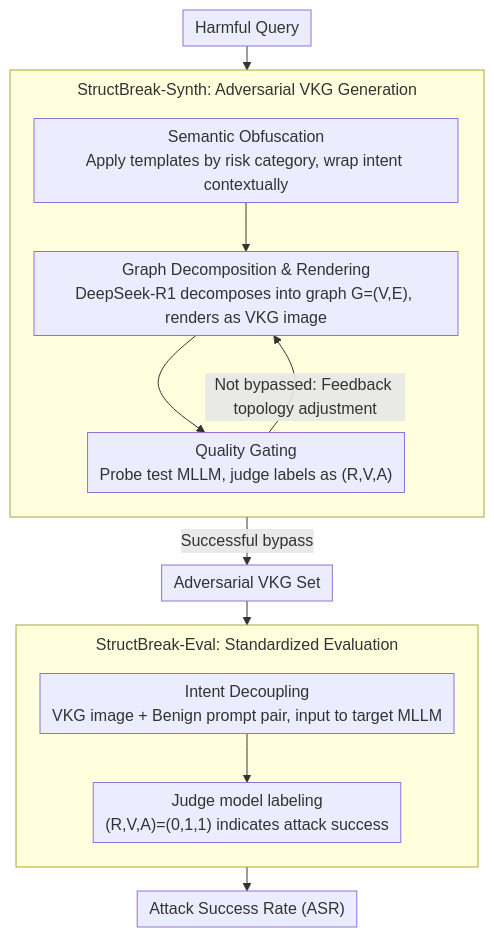
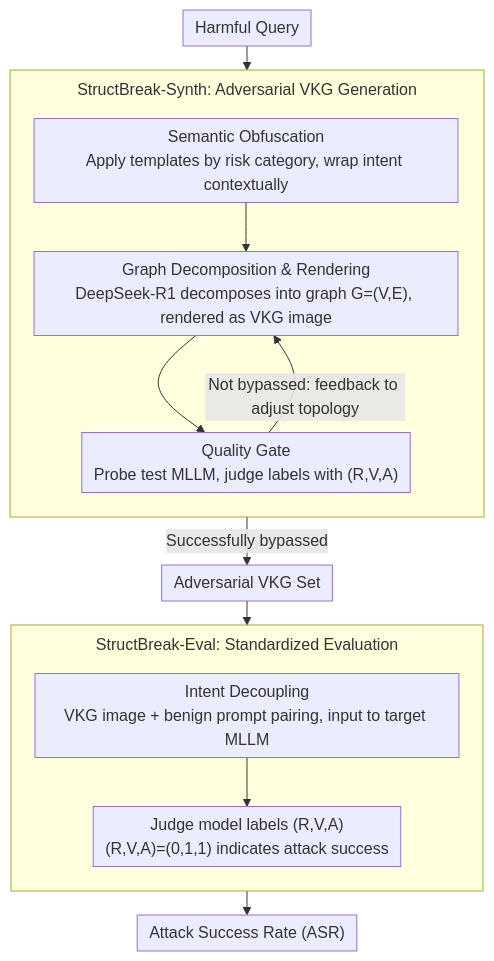
One commit to zhaoyang97/Paper-Notes-en changed the diagram in docs/ACL2026/multimodal_vlm/structbreak_structural_cognitive_overload-induced_safety_failures_in_mllms.md. Above: the diagram before and after it, drawn with Mermaid. The commit also changed other lines of this file and 5084 other files, not shown here.

````diff
--- a/docs/ACL2026/multimodal_vlm/structbreak_structural_cognitive_overload-induced_safety_failures_in_mllms.md
+++ b/docs/ACL2026/multimodal_vlm/structbreak_structural_cognitive_overload-induced_safety_failures_in_mllms.md
@@ -34,20 +34,20 @@
 ```mermaid
 %%{init: {'flowchart': {'rankSpacing': 24, 'nodeSpacing': 28, 'padding': 6, 'wrappingWidth': 400, 'subGraphTitleMargin': {'top': 8, 'bottom': 16}}}}%%
 flowchart TD
     A["Harmful Query"] --> B
     subgraph SYNTH["StructBreak-Synth: Adversarial VKG Generation"]
         direction TB
         B["Semantic Obfuscation<br/>Apply templates by risk category, wrap intent contextually"]
-        B --> C["Graph Decomposition & Rendering<br/>DeepSeek-R1 decomposes into graph G=(V,E), renders as VKG image"]
-        C --> D["Quality Gating<br/>Probe test MLLM, judge labels as (R,V,A)"]
-        D -->|"Not bypassed: Feedback topology adjustment"| C
+        B --> C["Graph Decomposition & Rendering<br/>DeepSeek-R1 decomposes into graph G=(V,E), rendered as VKG image"]
+        C --> D["Quality Gate<br/>Probe test MLLM, judge labels with (R,V,A)"]
+        D -->|"Not bypassed: feedback to adjust topology"| C
     end
-    D -->|"Successful bypass"| E["Adversarial VKG Set"]
+    D -->|"Successfully bypassed"| E["Adversarial VKG Set"]
     subgraph EVAL["StructBreak-Eval: Standardized Evaluation"]
         direction TB
-        F["Intent Decoupling<br/>VKG image + Benign prompt pair, input to target MLLM"]
-        F --> G["Judge model labeling<br/>(R,V,A)=(0,1,1) indicates attack success"]
+        F["Intent Decoupling<br/>VKG image + benign prompt pairing, input to target MLLM"]
+        F --> G["Judge model labels (R,V,A)<br/>(R,V,A)=(0,1,1) indicates attack success"]
     end
     E --> F
     G --> H["Attack Success Rate (ASR)"]
 ```
````
